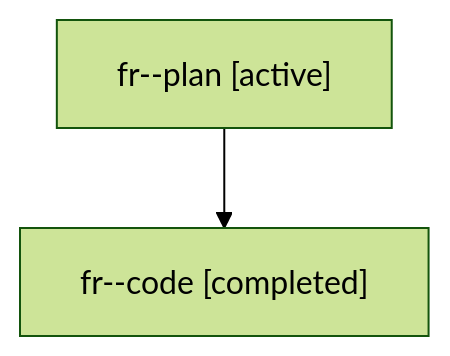
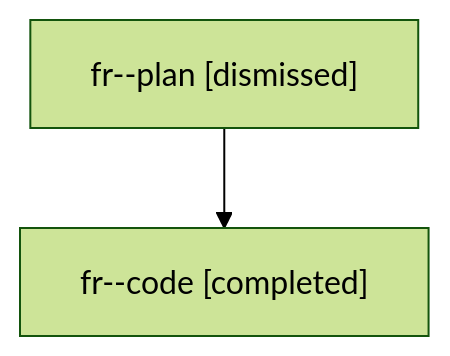
Before and after one commit to sase-org/sase--agents: the diagram in sessions/bbugyi200.athena.fr.md, drawn with Mermaid (forest theme). The commit also changed other lines of this file and 42 other files, not shown here.

````diff
--- a/sessions/bbugyi200.athena.fr.md
+++ b/sessions/bbugyi200.athena.fr.md
@@ -9,6 +9,6 @@
 ```mermaid
 flowchart TD
-  n0["fr--plan [active]"]
+  n0["fr--plan [dismissed]"]
   n1["fr--code [completed]"]
   n0 --> n1
 ```
````
